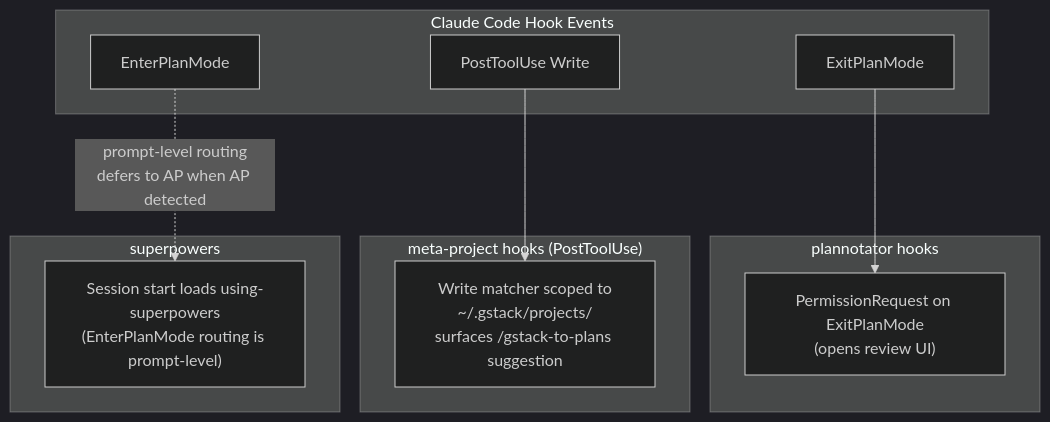
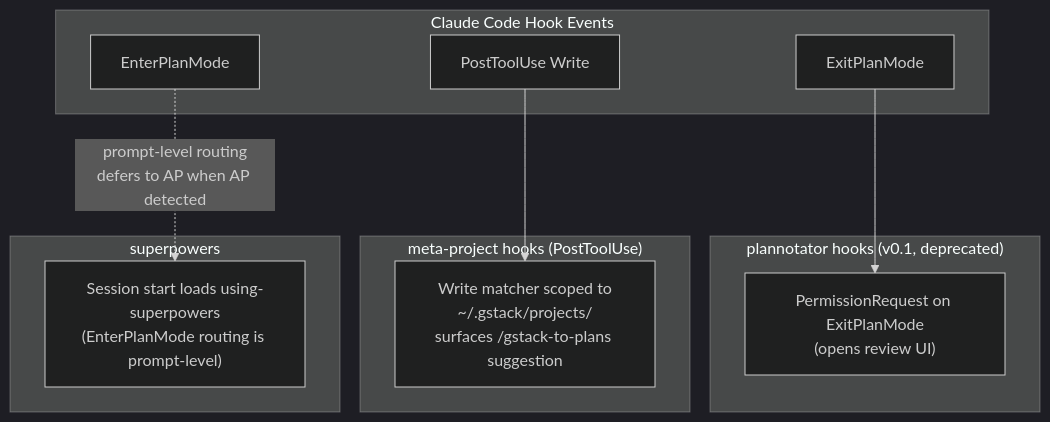
One commit to MungoHarvey/Advanced-AI-Workflows changed the sixth of 6 diagrams in ARCHITECTURE.md. Above: the diagram before and after it, drawn with Mermaid (dark theme). The commit also changed other lines of this file and 13 other files, not shown here.

````diff
--- a/ARCHITECTURE.md
+++ b/ARCHITECTURE.md
@@ -297,27 +300,27 @@
 ```mermaid
 flowchart TB
     accTitle: Hook Event Map
     accDescr: Shows which hooks each tool registers and how they coexist.
 
     subgraph events["Claude Code Hook Events"]
         EPM["ExitPlanMode"]
         ENPM["EnterPlanMode"]
         PTU["PostToolUse Write"]
     end
 
-    subgraph pnh["plannotator hooks"]
+    subgraph pnh["plannotator hooks (v0.1, deprecated)"]
         pnh1["PermissionRequest on ExitPlanMode<br/>(opens review UI)"]
     end
 
     subgraph aawh["meta-project hooks (PostToolUse)"]
         aawh1["Write matcher scoped to<br/>~/.gstack/projects/<br/>surfaces /gstack-to-plans suggestion"]
     end
 
     subgraph sph["superpowers"]
         sph1["Session start loads using-superpowers<br/>(EnterPlanMode routing is prompt-level)"]
     end
 
     EPM --> pnh1
     PTU --> aawh1
     ENPM -.->|"prompt-level routing<br/>defers to AP when AP detected"| sph1
 ```
````
